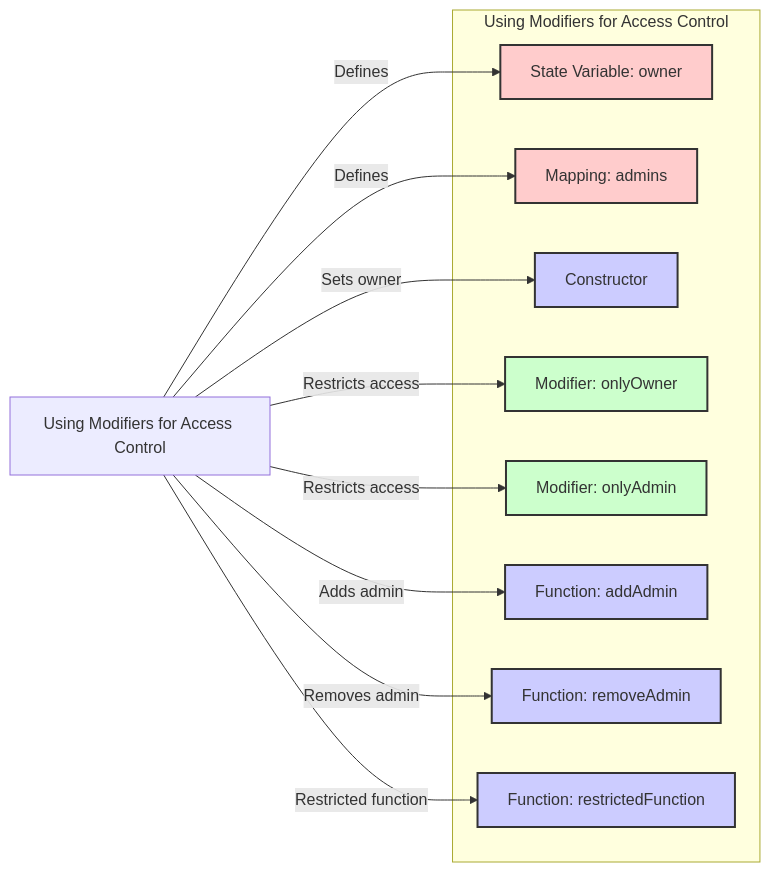
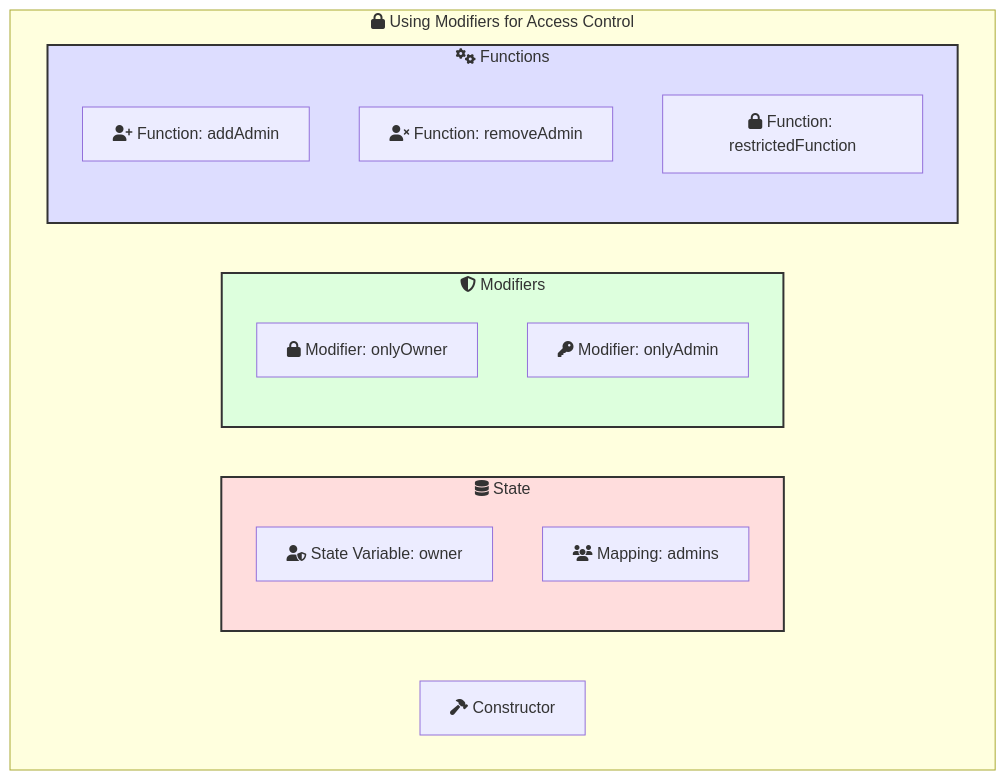
Before and after one commit to kelvin-bz/blog: diagram 11 of 16 in _posts/2024-07-07-introduction-to-solidity.md, drawn with Mermaid. The commit also changed other lines of this file, not shown here.

````diff
--- a/_posts/2024-07-07-introduction-to-solidity.md
+++ b/_posts/2024-07-07-introduction-to-solidity.md
@@ -817,46 +791,36 @@
 ```mermaid
-graph LR
-    accessControlModifiers["Using Modifiers for Access Control"]
-    ownerVar["State Variable: owner"]
-    adminsMapping["Mapping: admins"]
-    constructorFunc["Constructor"]
-    onlyOwnerModifier["Modifier: onlyOwner"]
-    onlyAdminModifier["Modifier: onlyAdmin"]
-    addAdminFunc["Function: addAdmin"]
-    removeAdminFunc["Function: removeAdmin"]
-    restrictedFunc["Function: restrictedFunction"]
+graph 
+    ownerVar["fa:fa-user-shield State Variable: owner"]:::state
+    adminsMapping["fa:fa-users Mapping: admins"]:::state
+    constructorFunc["fa:fa-hammer Constructor"]:::constructor
+    onlyOwnerModifier["fa:fa-lock Modifier: onlyOwner"]:::modifier
+    onlyAdminModifier["fa:fa-key Modifier: onlyAdmin"]:::modifier
+    addAdminFunc["fa:fa-user-plus Function: addAdmin"]:::function
+    removeAdminFunc["fa:fa-user-times Function: removeAdmin"]:::function
+    restrictedFunc["fa:fa-lock Function: restrictedFunction"]:::function
 
-    accessControlModifiers -->|Defines| ownerVar
-    accessControlModifiers -->|Defines| adminsMapping
-    accessControlModifiers -->|Sets owner| constructorFunc
-    accessControlModifiers -->|Restricts access| onlyOwnerModifier
-    accessControlModifiers -->|Restricts access| onlyAdminModifier
-    accessControlModifiers -->|Adds admin| addAdminFunc
-    accessControlModifiers -->|Removes admin| removeAdminFunc
-    accessControlModifiers -->|Restricted function| restrictedFunc
-
-    subgraph accessControlStructure["Using Modifiers for Access Control"]
-        ownerVar
-        adminsMapping
+    subgraph accessControlStructure["fa:fa-lock Using Modifiers for Access Control"]
+        subgraph state["fa:fa-database State"]
+            style state fill:#ffdddd,stroke:#333,stroke-width:2px;
+            ownerVar
+            adminsMapping
+        end
         constructorFunc
-        onlyOwnerModifier
-        onlyAdminModifier
-        addAdminFunc
-        removeAdminFunc
-        restrictedFunc
+        
+        subgraph Modifiers["fa:fa-shield-alt Modifiers"]
+        style Modifiers fill:#ddffdd,stroke:#333,stroke-width:2px;
+            onlyOwnerModifier
+            onlyAdminModifier
+        end
+        subgraph Functions["fa:fa-cogs Functions"]
+          style Functions fill:#ddddff,stroke:#333,stroke-width:2px;
+            addAdminFunc
+            removeAdminFunc
+            restrictedFunc
+        end
     end
 
-    classDef state fill:#ffcccc,stroke:#333,stroke-width:2px;
-    classDef mapping fill:#ffcccc,stroke:#333,stroke-width:2px;
-    classDef function fill:#ccccff,stroke:#333,stroke-width:2px;
-    classDef modifier fill:#ccffcc,stroke:#333,stroke-width:2px;
+   
 
-    ownerVar:::state
-    adminsMapping:::mapping
-    constructorFunc:::function
-    onlyOwnerModifier:::modifier
-    onlyAdminModifier:::modifier
-    addAdminFunc:::function
-    removeAdminFunc:::function
-    restrictedFunc:::function
+  
 ```
````
